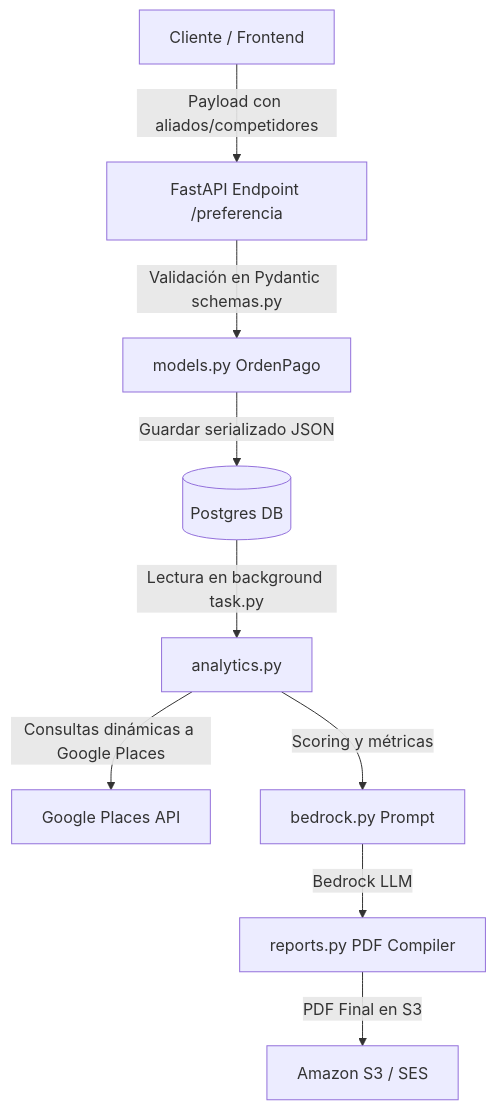
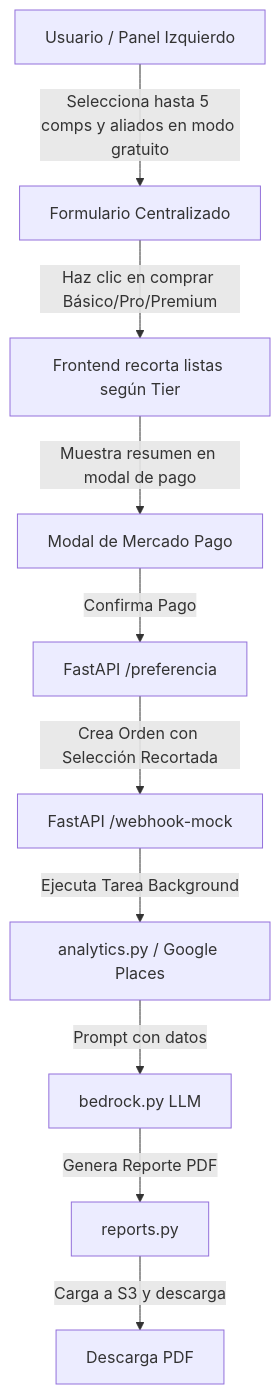
One commit to EmmanuelRR-data-science/viabilidad-negocios changed the diagram in design.md. Above: the diagram before and after it, drawn with Mermaid. The commit also changed other lines of this file and 8 other files, not shown here.

````diff
--- a/design.md
+++ b/design.md
@@ -22,11 +22,12 @@
 ```mermaid
 graph TD
-    A[Cliente / Frontend] -->|Payload con aliados/competidores| B[FastAPI Endpoint /preferencia]
-    B -->|Validación en Pydantic schemas.py| C[models.py OrdenPago]
-    C -->|Guardar serializado JSON| D[(Postgres DB)]
-    D -->|Lectura en background task.py| E[analytics.py]
-    E -->|Consultas dinámicas a Google Places| F[Google Places API]
-    E -->|Scoring y métricas| G[bedrock.py Prompt]
-    G -->|Bedrock LLM| H[reports.py PDF Compiler]
-    H -->|PDF Final en S3| I[Amazon S3 / SES]
+    A[Usuario / Panel Izquierdo] -->|Selecciona hasta 5 comps y aliados en modo gratuito| B[Formulario Centralizado]
+    B -->|Haz clic en comprar Básico/Pro/Premium| C[Frontend recorta listas según Tier]
+    C -->|Muestra resumen en modal de pago| D[Modal de Mercado Pago]
+    D -->|Confirma Pago| E[FastAPI /preferencia]
+    E -->|Crea Orden con Selección Recortada| F[FastAPI /webhook-mock]
+    F -->|Ejecuta Tarea Background| G[analytics.py / Google Places]
+    G -->|Prompt con datos| H[bedrock.py LLM]
+    H -->|Genera Reporte PDF| I[reports.py]
+    I -->|Carga a S3 y descarga| J[Descarga PDF]
 ```
````
